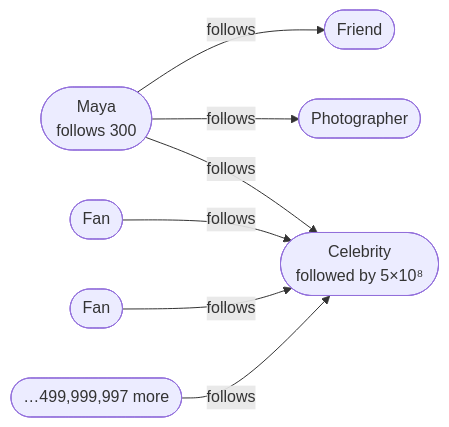
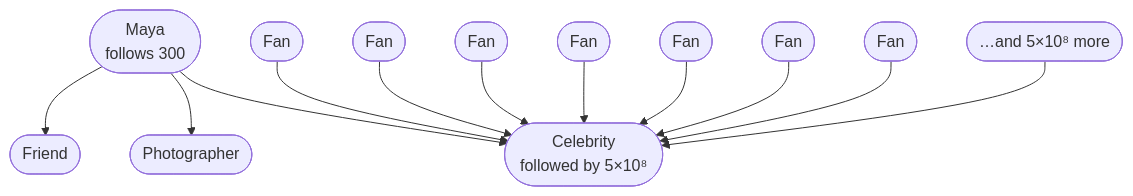
One commit to Laticent/lattice changed diagram 16 of 19 in examples/system-design-foundations.md. Above: the diagram before and after it, drawn with Mermaid. The commit also changed other lines of this file and 2 other files, not shown here.

````diff
--- a/examples/system-design-foundations.md
+++ b/examples/system-design-foundations.md
@@ -2282,9 +2359,14 @@
 ```mermaid
-flowchart LR
-  M(["Maya<br/>follows 300"]) -->|"follows"| A(["Friend"])
-  M -->|"follows"| B(["Photographer"])
-  M -->|"follows"| C(["Celebrity<br/>followed by 5×10⁸"])
-  D(["Fan"]) -->|"follows"| C
-  E(["Fan"]) -->|"follows"| C
-  F(["…499,999,997 more"]) -->|"follows"| C
+flowchart TB
+  M(["Maya<br/>follows 300"]) --> A(["Friend"])
+  M --> B(["Photographer"])
+  M --> C(["Celebrity<br/>followed by 5×10⁸"])
+  F1(["Fan"]) --> C
+  F2(["Fan"]) --> C
+  F3(["Fan"]) --> C
+  F4(["Fan"]) --> C
+  F5(["Fan"]) --> C
+  F6(["Fan"]) --> C
+  F7(["Fan"]) --> C
+  F8(["…and 5×10⁸ more"]) --> C
 ```
````
